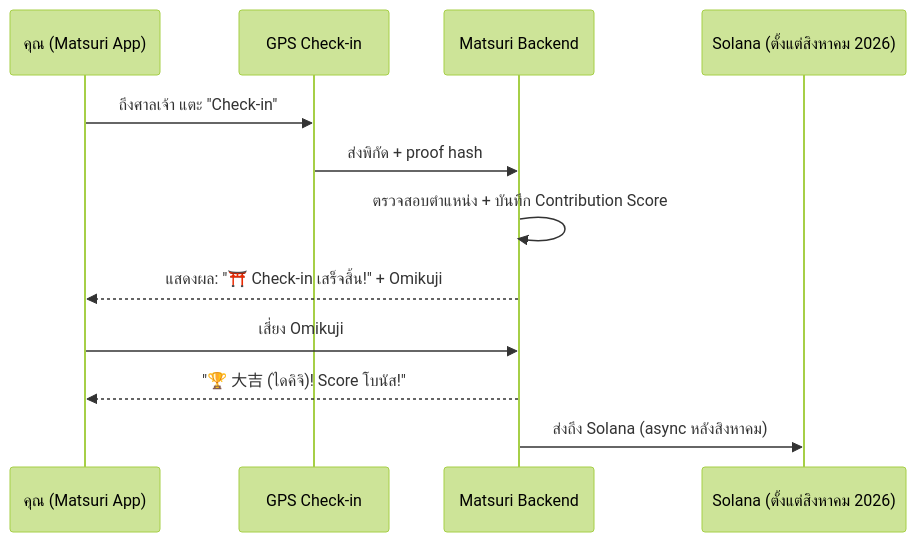
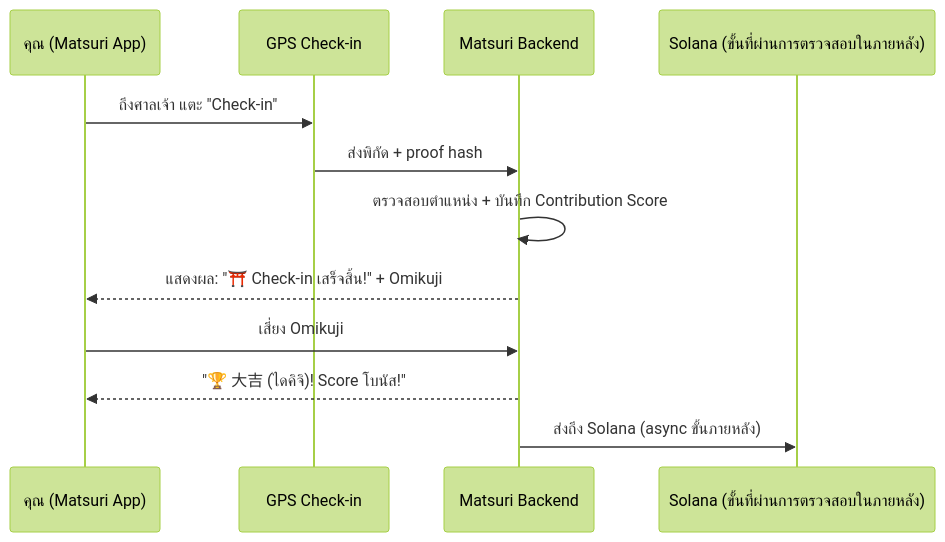
The third of 4 diagrams in i18n/th/docusaurus-plugin-content-docs/current/04-mining.md (Cootakahashi/matsuri-dao-whitepaper), drawn with Mermaid (forest theme) before and after one commit. The commit also changed other lines of this file and 79 other files, not shown here.

First line of the commit message:
docs: re-sequence on-chain roadmap to match the staged Hashlock audit (20 locales)

````diff
--- a/i18n/th/docusaurus-plugin-content-docs/current/04-mining.md
+++ b/i18n/th/docusaurus-plugin-content-docs/current/04-mining.md
@@ -109,15 +109,15 @@
 ```mermaid
 sequenceDiagram
     participant U as คุณ (Matsuri App)
     participant GPS as GPS Check-in
     participant API as Matsuri Backend
-    participant SC as Solana (ตั้งแต่สิงหาคม 2026)
+    participant SC as Solana (ขั้นที่ผ่านการตรวจสอบในภายหลัง)
 
     U->>GPS: ถึงศาลเจ้า แตะ "Check-in"
     GPS->>API: ส่งพิกัด + proof hash
     API->>API: ตรวจสอบตำแหน่ง + บันทึก Contribution Score
     API-->>U: แสดงผล: "⛩️ Check-in เสร็จสิ้น!" + Omikuji
     U->>API: เสี่ยง Omikuji
     API-->>U: "🏆 大吉 (ไดคิจิ)! Score โบนัส!"
-    API->>SC: ส่งถึง Solana (async หลังสิงหาคม)
+    API->>SC: ส่งถึง Solana (async ขั้นภายหลัง)
 ```
````
